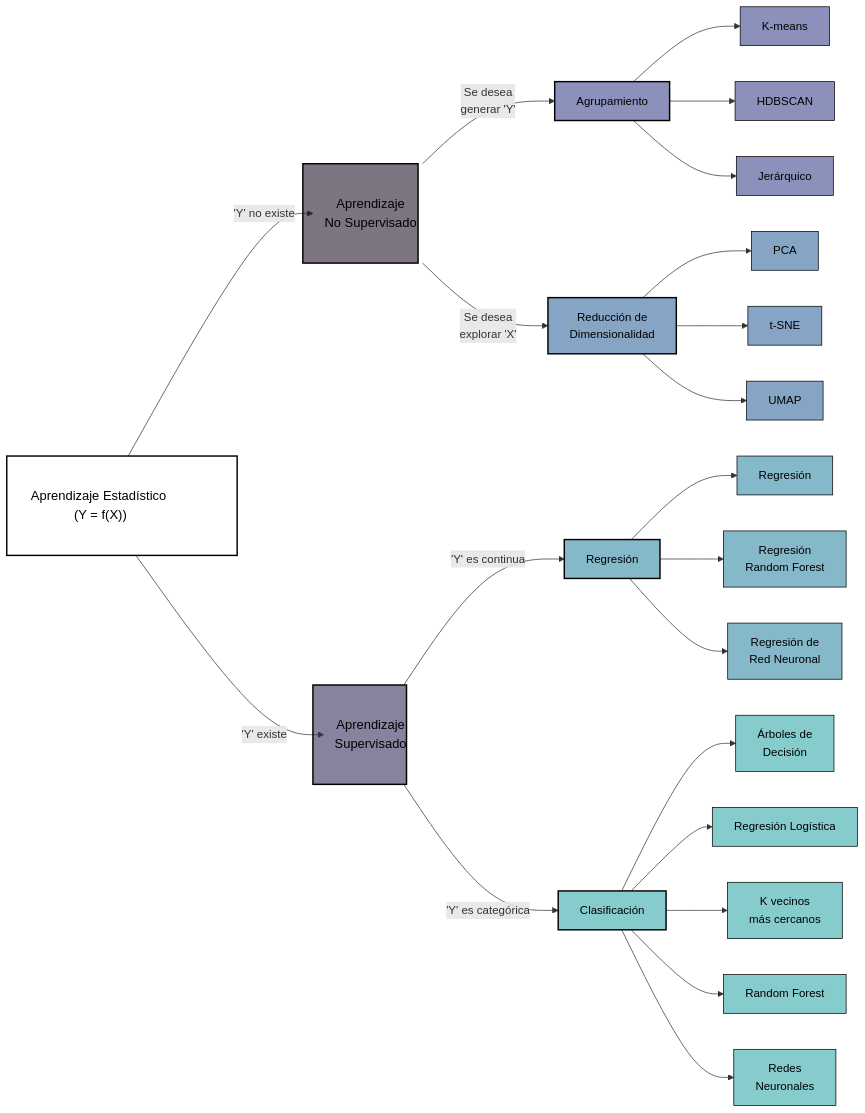
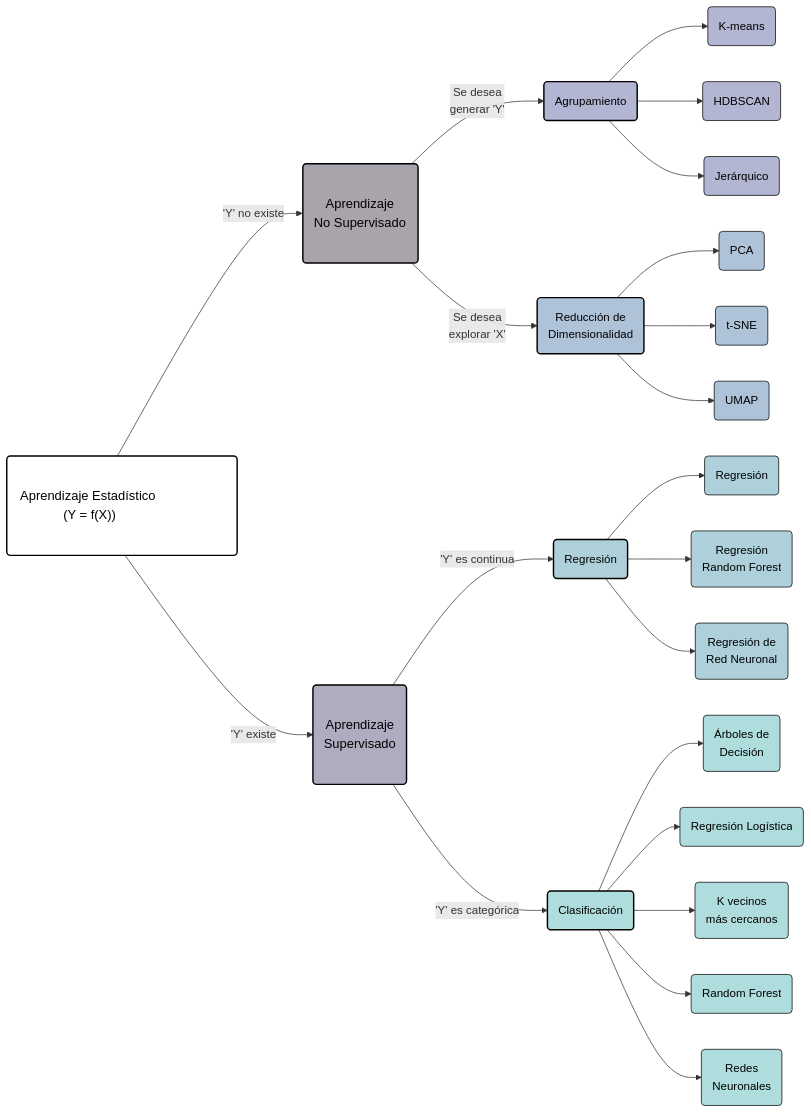
The seventh of 7 diagrams in Diagrama.qmd (maRce10/aprendizaje_estadistico_2024), drawn with Mermaid before and after one commit. The commit also changed other lines of this file and 18 other files, not shown here.

Commit message:
fix diagrams

````diff
--- a/Diagrama.qmd
+++ b/Diagrama.qmd
@@ -149,54 +155,54 @@
 ```{mermaid}
 
 flowchart LR
     classDef largeText font-size:18px, padding:15px; 
     
-    ML["Aprendizaje Estadístico (Y = f(X))"] -->|'Y' no existe| U[Aprendizaje\nNo Supervisado]
-    ML -->|'Y' existe| S[Aprendizaje\nSupervisado]
-    U -->|Se desea\ngenerar 'Y'| Clus[Agrupamiento]
-    U --> |Se desea\nexplorar 'X'| DR[Reducción de\nDimensionalidad]
-    S -->|'Y' es continua| Reg[Regresión]
-    S --> |'Y' es categórica| Class[Clasificación]
-    Clus --> Kmeans[K-means]
-    Clus --> DB[HDBSCAN]
-    Clus --> Hier[Jerárquico]
-    DR --> PCA[PCA]
-    DR --> TSNE[t-SNE]
-    DR --> UMAP[UMAP]
-    Reg --> Regr[Regresión]
-    Reg --> RFR[Regresión\nRandom Forest]
-    Reg --> NNR[Regresión de\nRed Neuronal]
-    Class --> DT[Árboles de\nDecisión]
-    Class --> RL[Regresión Logística]
-    Class --> KNN[K vecinos\nmás cercanos]
-    Class --> RF[Random Forest]
-    Class --> NN[Redes\nNeuronales]
+    ML("Aprendizaje Estadístico (Y = f(X))") -->|'Y' no existe| U(Aprendizaje\nNo Supervisado)
+    ML -->|'Y' existe| S(Aprendizaje\nSupervisado)
+    U -->|Se desea\ngenerar 'Y'| Clus(Agrupamiento)
+    U --> |Se desea\nexplorar 'X'| DR(Reducción de\nDimensionalidad)
+    S -->|'Y' es continua| Reg(Regresión)
+    S --> |'Y' es categórica| Class(Clasificación)
+    Clus --> Kmeans(K-means)
+    Clus --> DB(HDBSCAN)
+    Clus --> Hier(Jerárquico)
+    DR --> PCA(PCA)
+    DR --> TSNE(t-SNE)
+    DR --> UMAP(UMAP)
+    Reg --> Regr(Regresión)
+    Reg --> RFR(Regresión\nRandom Forest)
+    Reg --> NNR(Regresión de\nRed Neuronal)
+    Class --> DT(Árboles de\nDecisión)
+    Class --> RL(Regresión Logística)
+    Class --> KNN(K vecinos\nmás cercanos)
+    Class --> RF(Random Forest)
+    Class --> NN(Redes\nNeuronales)
 
     class ML,U,S largeText;
 
     style ML fill:#FFFFFF, stroke:#000, stroke-width:2px, color:#000, width:320px
-    style U fill:#28192F99, stroke:#000, stroke-width:2px, color:#000, width:160px
-    style S fill:#3B2F5E99, stroke:#000, stroke-width:2px, color:#000, width:130px
-    style Clus fill:#40498E99, stroke:#000, stroke-width:2px, color:#000
-    style Kmeans fill:#40498E99, stroke:#000, stroke-width:1px, color:#000
-    style DB fill:#40498E99, stroke:#000, stroke-width:1px, color:#000
-    style Hier fill:#40498E99, stroke:#000, stroke-width:1px, color:#000
+    style U fill:#28192F66, stroke:#000, stroke-width:2px, color:#000, width:160px
+    style S fill:#3B2F5E66, stroke:#000, stroke-width:2px, color:#000, width:130px
+    style Clus fill:#40498E66, stroke:#000, stroke-width:2px, color:#000
+    style Kmeans fill:#40498E66, stroke:#000, stroke-width:1px, color:#000
+    style DB fill:#40498E66, stroke:#000, stroke-width:1px, color:#000
+    style Hier fill:#40498E66, stroke:#000, stroke-width:1px, color:#000
 
-    style DR fill:#366A9F99, stroke:#000, stroke-width:2px, color:#000
-    style PCA fill:#366A9F99, stroke:#000, stroke-width:1px, color:#000
-    style TSNE fill:#366A9F99, stroke:#000, stroke-width:1px, color:#000
-    style UMAP fill:#366A9F99, stroke:#000, stroke-width:1px, color:#000
+    style DR fill:#366A9F66, stroke:#000, stroke-width:2px, color:#000
+    style PCA fill:#366A9F66, stroke:#000, stroke-width:1px, color:#000
+    style TSNE fill:#366A9F66, stroke:#000, stroke-width:1px, color:#000
+    style UMAP fill:#366A9F66, stroke:#000, stroke-width:1px, color:#000
 
-    style Reg fill:#348AA699, stroke:#000, stroke-width:2px, color:#000
-    style Regr fill:#348AA699, stroke:#000, stroke-width:1px, color:#000
-    style RFR fill:#348AA699, stroke:#000, stroke-width:1px, color:#000
-    style NNR fill:#348AA699, stroke:#000, stroke-width:1px, color:#000
+    style Reg fill:#348AA666, stroke:#000, stroke-width:2px, color:#000
+    style Regr fill:#348AA666, stroke:#000, stroke-width:1px, color:#000
+    style RFR fill:#348AA666, stroke:#000, stroke-width:1px, color:#000
+    style NNR fill:#348AA666, stroke:#000, stroke-width:1px, color:#000
 
-    style Class fill:#38AAAC99, stroke:#000, stroke-width:2px, color:#000
-    style DT fill:#38AAAC99, stroke:#000, stroke-width:1px, color:#000
-    style RL fill:#38AAAC99, stroke:#000, stroke-width:1px, color:#000
-    style KNN fill:#38AAAC99, stroke:#000, stroke-width:1px, color:#000
-    style RF fill:#38AAAC99, stroke:#000, stroke-width:1px, color:#000
-    style NN fill:#38AAAC99, stroke:#000, stroke-width:1px, color:#000
+    style Class fill:#38AAAC66, stroke:#000, stroke-width:2px, color:#000
+    style DT fill:#38AAAC66, stroke:#000, stroke-width:1px, color:#000
+    style RL fill:#38AAAC66, stroke:#000, stroke-width:1px, color:#000
+    style KNN fill:#38AAAC66, stroke:#000, stroke-width:1px, color:#000
+    style RF fill:#38AAAC66, stroke:#000, stroke-width:1px, color:#000
+    style NN fill:#38AAAC66, stroke:#000, stroke-width:1px, color:#000
 
 ```
````
